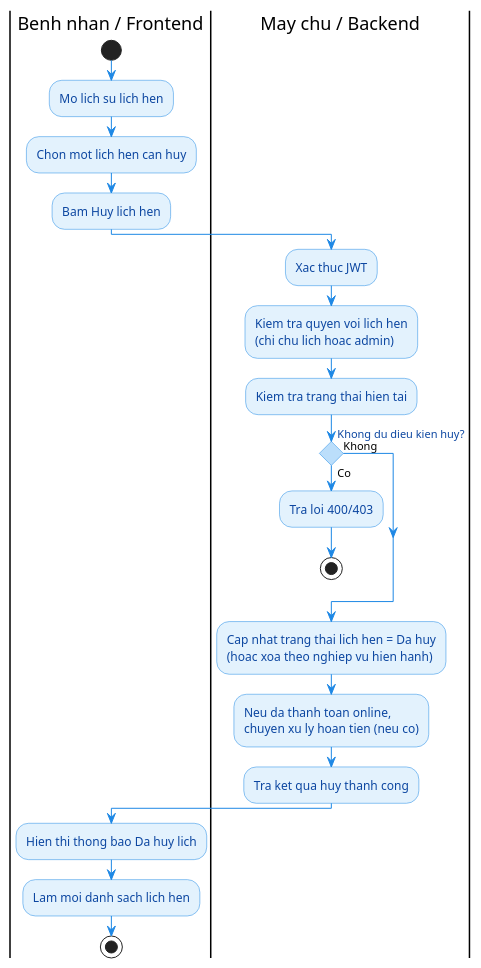
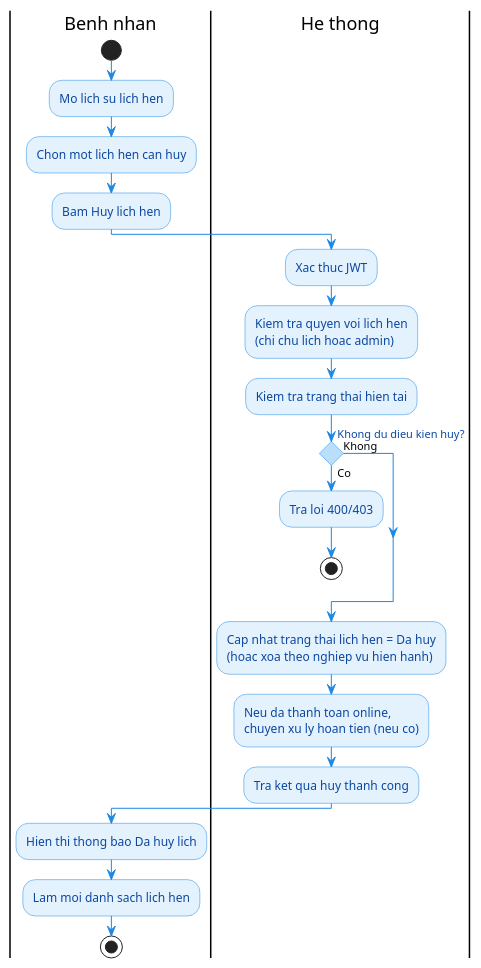
One commit to yqhuouc/HealthCare changed the diagram in server/doc/diagrams/ACT_12_HuyLichHenBenhNhan.puml. Above: the diagram before and after it, drawn with PlantUML. The commit also changed 12 other files, not shown here.

Commit message:
docs: add PlantUML activity diagrams for core system workflows and initialize server configuration files

```diff
--- a/server/doc/diagrams/ACT_12_HuyLichHenBenhNhan.puml
+++ b/server/doc/diagrams/ACT_12_HuyLichHenBenhNhan.puml
@@ -1,44 +1,44 @@
 @startuml Activity_HuyLichHenBenhNhan
 
 skinparam shadowing false
 skinparam backgroundColor white
 skinparam conditionStyle diamond
 skinparam ConditionEndStyle hline
 
 skinparam activity {
   BackgroundColor #E3F2FD
   BorderColor #1E88E5
   FontColor #0D47A1
   RoundCorner 15
 }
 
 skinparam activityDiamondBackgroundColor #BBDEFB
 skinparam activityDiamondBorderColor #1E88E5
 skinparam activityDiamondFontColor #0D47A1
 skinparam ArrowColor #1E88E5
 
-|Benh nhan / Frontend|
+|Benh nhan|
 start
 :Mo lich su lich hen;
 :Chon mot lich hen can huy;
 :Bam Huy lich hen;
 
-|May chu / Backend|
+|He thong|
 :Xac thuc JWT;
 :Kiem tra quyen voi lich hen\n(chi chu lich hoac admin);
 :Kiem tra trang thai hien tai;
 if (Khong du dieu kien huy?) then (Co)
   :Tra loi 400/403;
   stop
 else (Khong)
 endif
 
 :Cap nhat trang thai lich hen = Da huy\n(hoac xoa theo nghiep vu hien hanh);
 :Neu da thanh toan online,\nchuyen xu ly hoan tien (neu co);
 :Tra ket qua huy thanh cong;
 
-|Benh nhan / Frontend|
+|Benh nhan|
 :Hien thi thong bao Da huy lich;
 :Lam moi danh sach lich hen;
 stop
 @enduml
```
